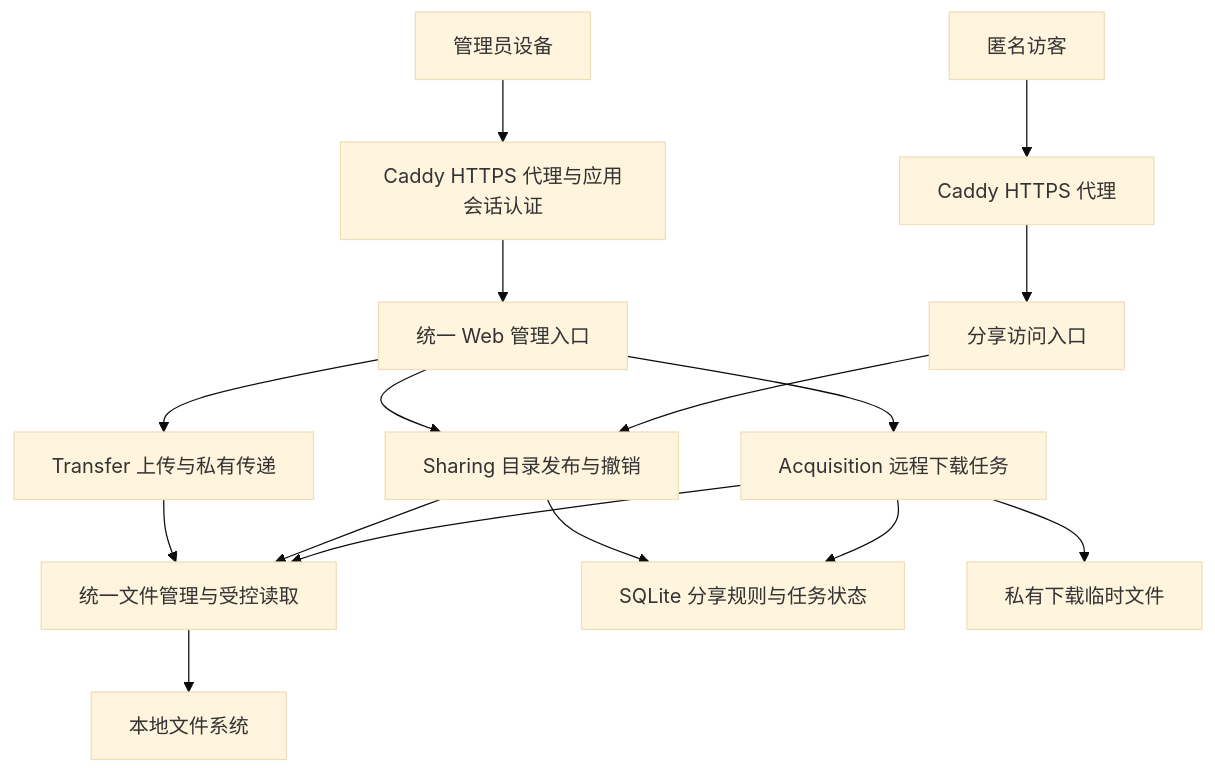
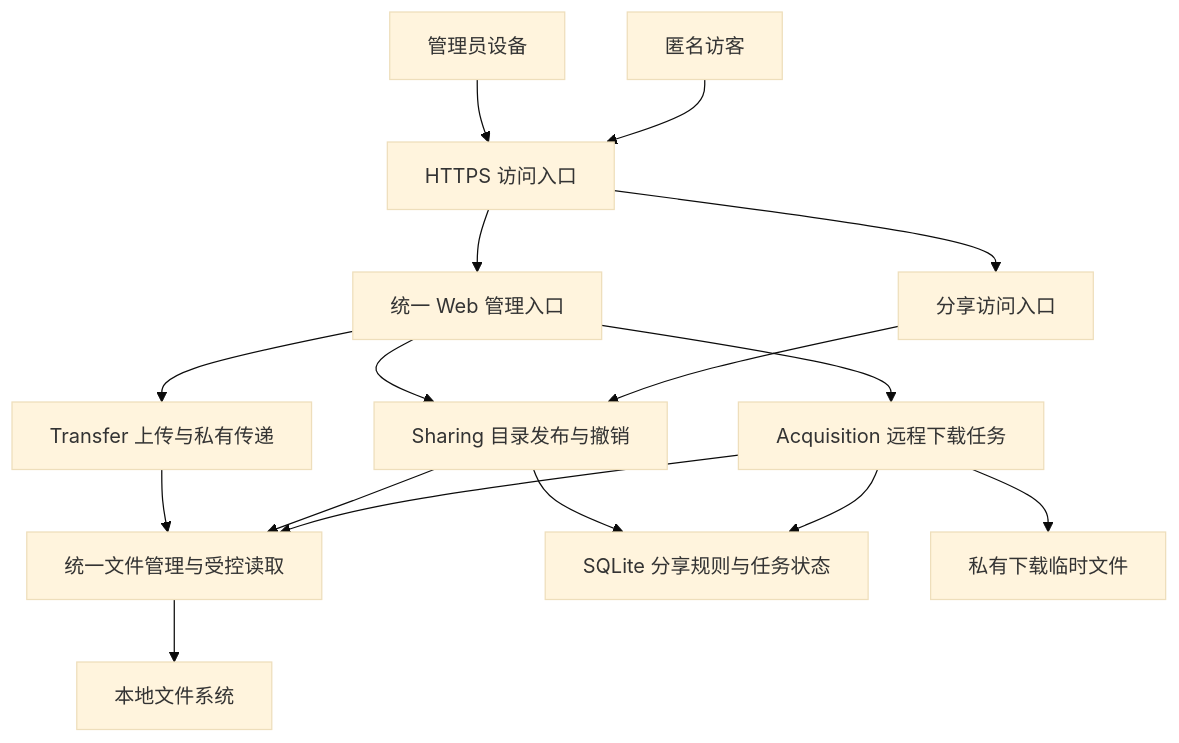
The second of 2 diagrams in docs/architecture.md (qw0er/ShareBox), drawn with Mermaid (base theme) before and after one commit. The commit also changed other lines of this file and 40 other files, not shown here.

````diff
--- a/docs/architecture.md
+++ b/docs/architecture.md
@@ -110,18 +105,18 @@
 ```mermaid
 flowchart TD
-    Admin[管理员设备] --> Auth[Caddy HTTPS 代理与应用会话认证]
-    Auth --> UI[统一 Web 管理入口]
+    Admin[管理员设备] --> Entry[HTTPS 访问入口]
+    Visitor[匿名访客] --> Entry
+    Entry --> UI[统一 Web 管理入口]
     UI --> Transfer[Transfer 上传与私有传递]
     UI --> Sharing[Sharing 目录发布与撤销]
     UI --> Acquisition[Acquisition 远程下载任务]
-    Visitor[匿名访客] --> Proxy[Caddy HTTPS 代理]
-    Proxy --> ShareAccess[分享访问入口]
+    Entry --> ShareAccess[分享访问入口]
     ShareAccess --> Sharing
     Transfer --> Files[统一文件管理与受控读取]
     Sharing --> Files
     Acquisition --> Files
     Files --> Storage[本地文件系统]
     Sharing --> DB[SQLite 分享规则与任务状态]
     Acquisition --> DB
     Acquisition --> Temp[私有下载临时文件]
 ```
````
